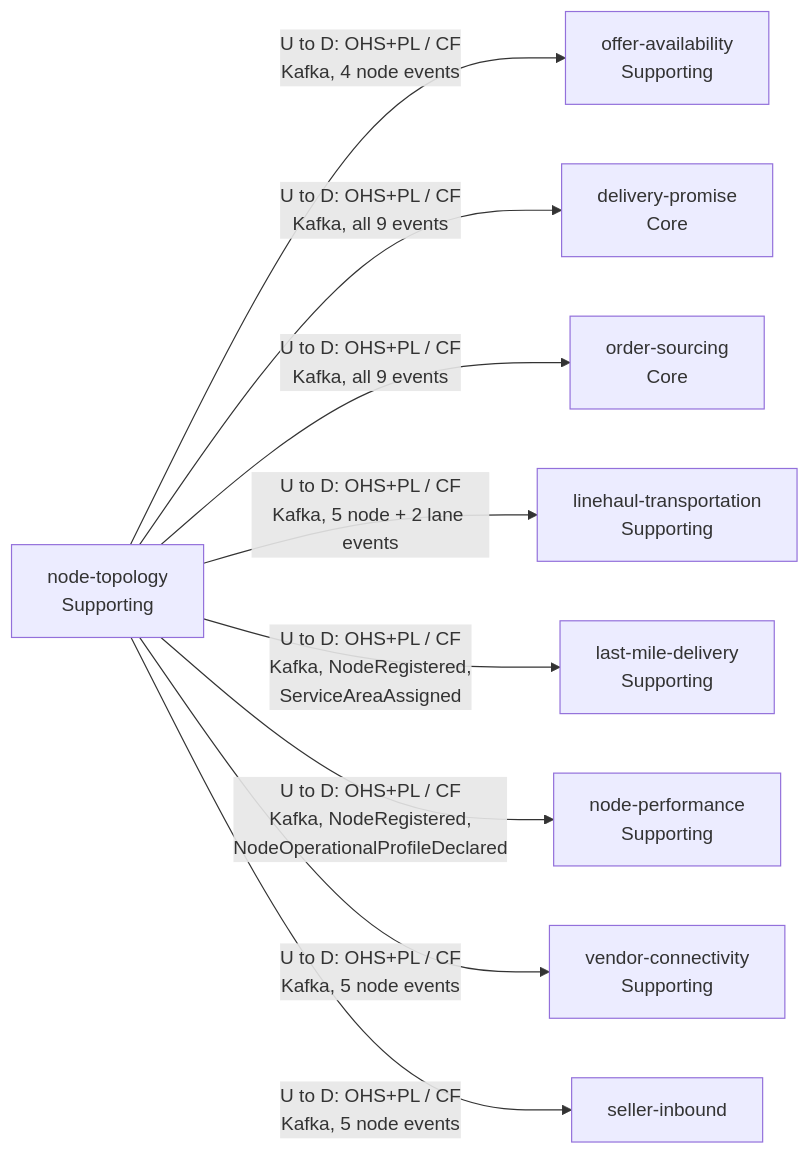
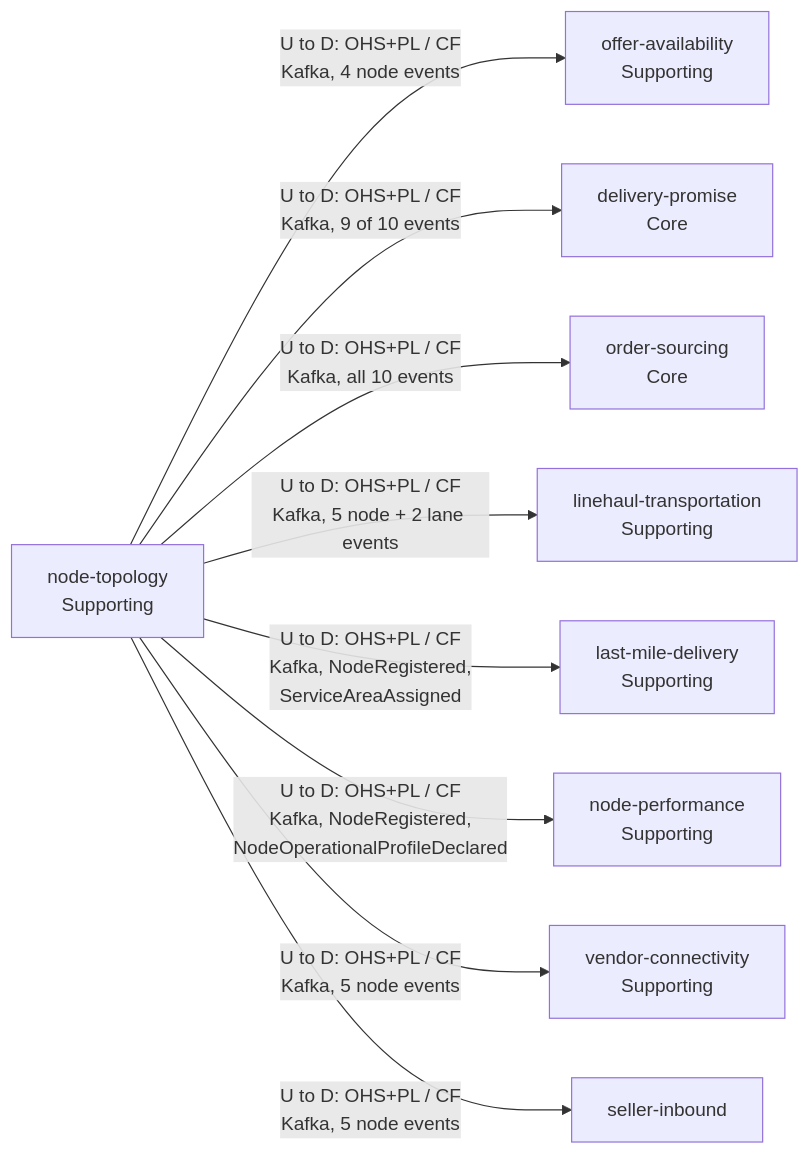
One commit to IQVO/node-topology changed the first of 2 diagrams in docs/docs/ddd/context-map.md. Above: the diagram before and after it, drawn with Mermaid. The commit also changed other lines of this file and 17 other files, not shown here.

````diff
--- a/docs/docs/ddd/context-map.md
+++ b/docs/docs/ddd/context-map.md
@@ -17,21 +17,21 @@
 ```mermaid
 flowchart LR
     NT["node-topology<br/>Supporting"]
     OA["offer-availability<br/>Supporting"]
     DP["delivery-promise<br/>Core"]
     OS["order-sourcing<br/>Core"]
     LH["linehaul-transportation<br/>Supporting"]
     LM["last-mile-delivery<br/>Supporting"]
     NP["node-performance<br/>Supporting"]
     VC["vendor-connectivity<br/>Supporting"]
     SI["seller-inbound"]
 
     NT -->|"U to D: OHS+PL / CF<br/>Kafka, 4 node events"| OA
-    NT -->|"U to D: OHS+PL / CF<br/>Kafka, all 9 events"| DP
-    NT -->|"U to D: OHS+PL / CF<br/>Kafka, all 9 events"| OS
+    NT -->|"U to D: OHS+PL / CF<br/>Kafka, 9 of 10 events"| DP
+    NT -->|"U to D: OHS+PL / CF<br/>Kafka, all 10 events"| OS
     NT -->|"U to D: OHS+PL / CF<br/>Kafka, 5 node + 2 lane events"| LH
     NT -->|"U to D: OHS+PL / CF<br/>Kafka, NodeRegistered,<br/>ServiceAreaAssigned"| LM
     NT -->|"U to D: OHS+PL / CF<br/>Kafka, NodeRegistered,<br/>NodeOperationalProfileDeclared"| NP
     NT -->|"U to D: OHS+PL / CF<br/>Kafka, 5 node events"| VC
     NT -->|"U to D: OHS+PL / CF<br/>Kafka, 5 node events"| SI
 ```
````
